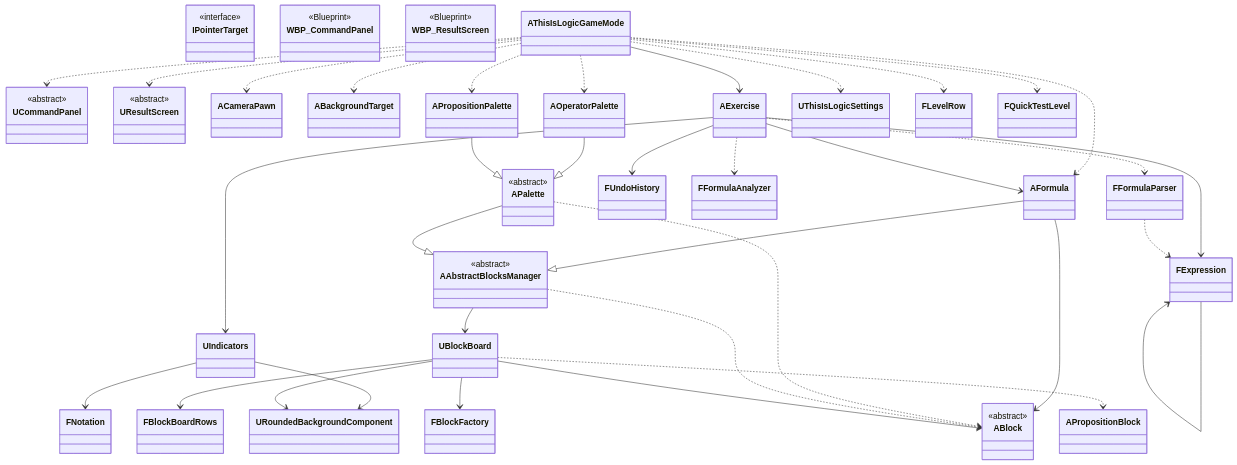
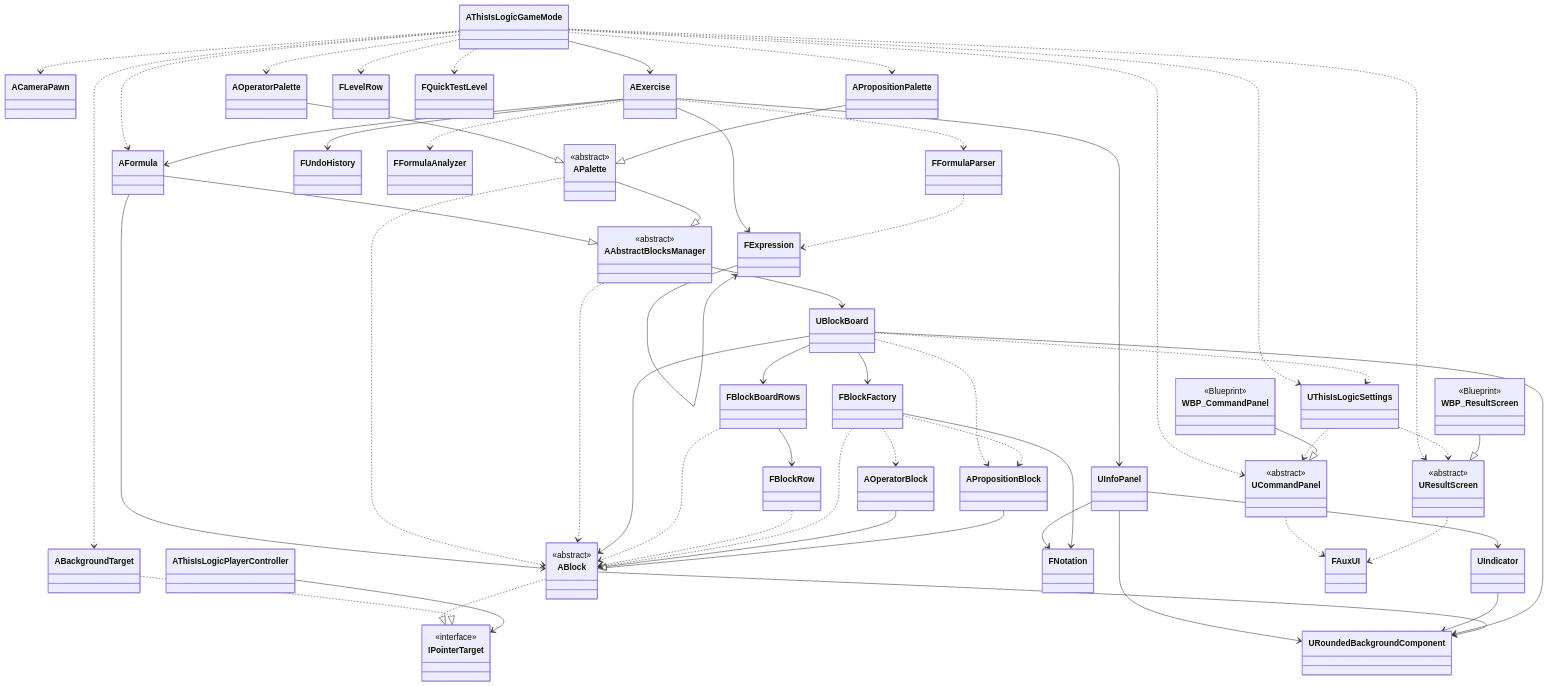
One commit to expn-pi/ThisIsLogic changed the diagram in README.md. Above: the diagram before and after it, drawn with Mermaid. The commit also changed other lines of this file and 16 other files, not shown here.

````diff
--- a/README.md
+++ b/README.md
@@ -128,13 +129,15 @@
 
     AExercise --> AFormula
     AExercise --> FUndoHistory
-    AExercise --> UIndicators
+    AExercise --> UInfoPanel
     AExercise --> FExpression
     AExercise ..> FFormulaAnalyzer
     AExercise ..> FFormulaParser
 
-    UIndicators --> URoundedBackgroundComponent
-    UIndicators --> FNotation
+    UInfoPanel --> UIndicator
+    UInfoPanel --> URoundedBackgroundComponent
+    UInfoPanel --> FNotation
+    UIndicator --> URoundedBackgroundComponent
 
     FFormulaParser ..> FExpression
     FExpression --> FExpression
@@ -155,5 +158,28 @@
     UBlockBoard --> ABlock
     UBlockBoard ..> APropositionBlock
     UBlockBoard --> URoundedBackgroundComponent
-    UBlockBoard
+    UBlockBoard ..> UThisIsLogicSettings
+    FBlockBoardRows --> FBlockRow
+    FBlockBoardRows ..> ABlock
+    FBlockRow ..> ABlock
+
+    FBlockFactory --> FNotation
+    FBlockFactory ..> ABlock
+    FBlockFactory ..> AOperatorBlock
+    FBlockFactory ..> APropositionBlock
+
+    AOperatorBlock --|> ABlock
+    APropositionBlock --|> ABlock
+    ABlock ..|> IPointerTarget
+    ABlock --> URoundedBackgroundComponent
+
+    ABackgroundTarget ..|> IPointerTarget
+    AThisIsLogicPlayerController --> IPointerTarget
+
+    UThisIsLogicSettings ..> UCommandPanel
+    UThisIsLogicSettings ..> UResultScreen
+    UCommandPanel ..> FAuxUI
+    UResultScreen ..> FAuxUI
+    WBP_CommandPanel --|> UCommandPanel
+    WBP_ResultScreen --|> UResultScreen
 ```
````
